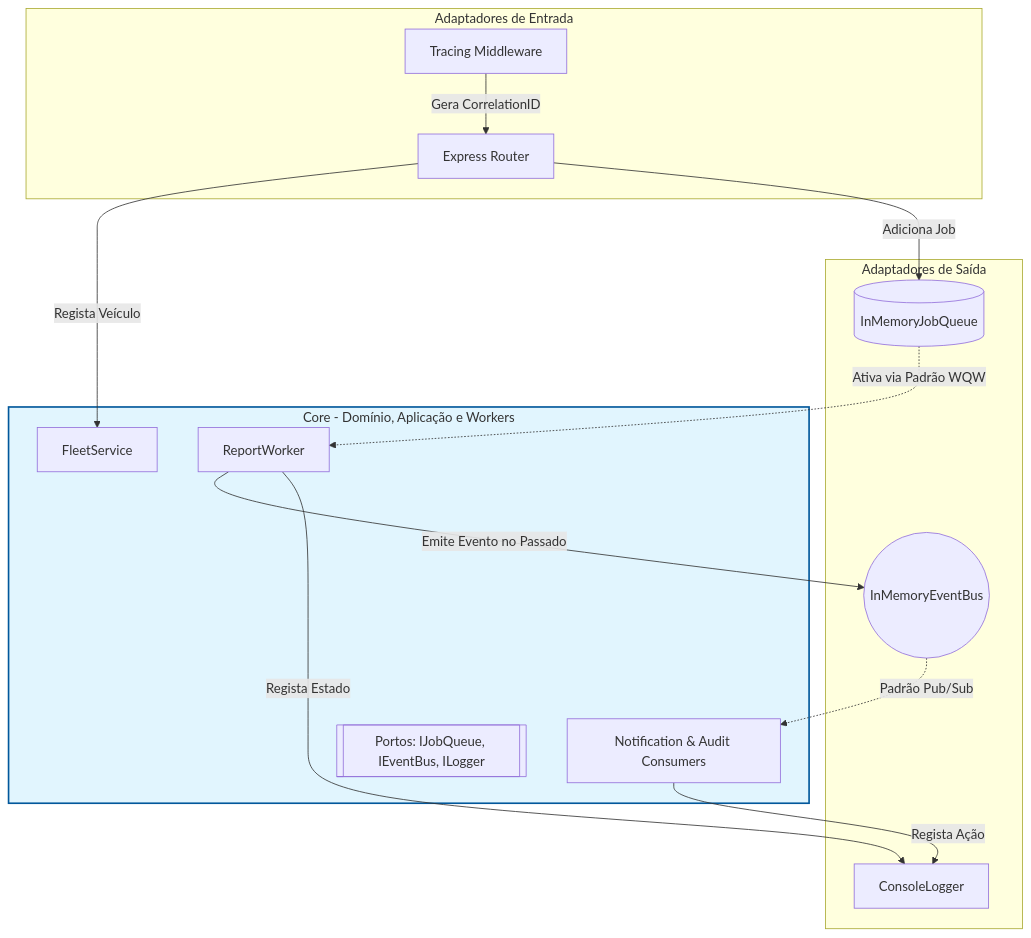
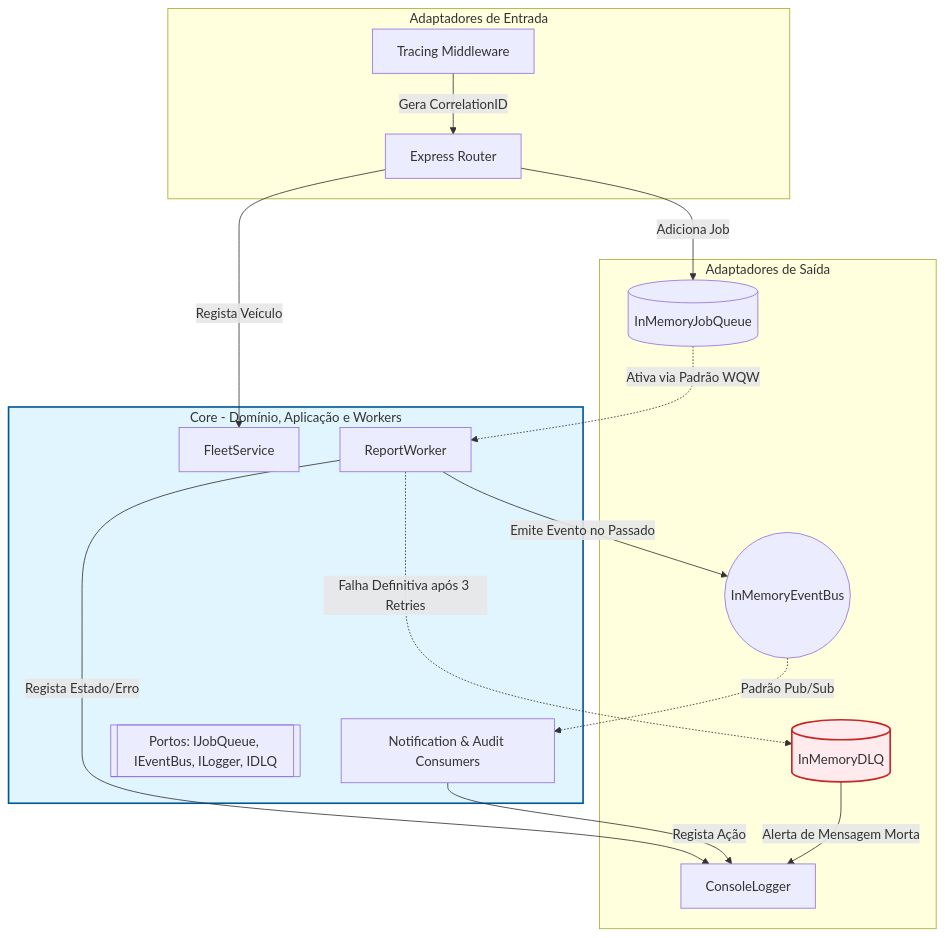
Before and after one commit to joao-monteiro98/as-fase1-monolito: the second of 2 diagrams in README.md, drawn with Mermaid. The commit also changed other lines of this file and 1 other file, not shown here.

Commit message:
docs: Adicionado DLQ no diagrama fase2

````diff
--- a/README.md
+++ b/README.md
@@ -70,32 +70,36 @@
 ```mermaid
 graph TD
     subgraph API [Adaptadores de Entrada]
         Router[Express Router]
         Middleware[Tracing Middleware]
     end
 
     subgraph Core [Core - Domínio, Aplicação e Workers]
         Service[FleetService]
         Worker[ReportWorker]
         Consumers[Notification & Audit Consumers]
-        Ports[[Portos: IJobQueue, IEventBus, ILogger]]
+        Ports[[Portos: IJobQueue, IEventBus, ILogger, IDLQ]]
     end
 
     subgraph Infra [Adaptadores de Saída]
         Queue[(InMemoryJobQueue)]
         Bus((InMemoryEventBus))
         Logger[ConsoleLogger]
+        DLQ[(InMemoryDLQ)]
     end
 
     Middleware -->|Gera CorrelationID| Router
     Router -->|Regista Veículo| Service
     Router -->|Adiciona Job| Queue
     Queue -.->|Ativa via Padrão WQW| Worker
     Worker -->|Emite Evento no Passado| Bus
+    Worker -.->|Falha Definitiva após 3 Retries| DLQ
     Bus -.->|Padrão Pub/Sub| Consumers
     
-    Worker -->|Regista Estado| Logger
+    Worker -->|Regista Estado/Erro| Logger
     Consumers -->|Regista Ação| Logger
+    DLQ -->|Alerta de Mensagem Morta| Logger
     
     style Core fill:#e1f5fe,stroke:#01579b,stroke-width:2px
+    style DLQ fill:#ffebee,stroke:#c62828,stroke-width:2px
 ```
````
